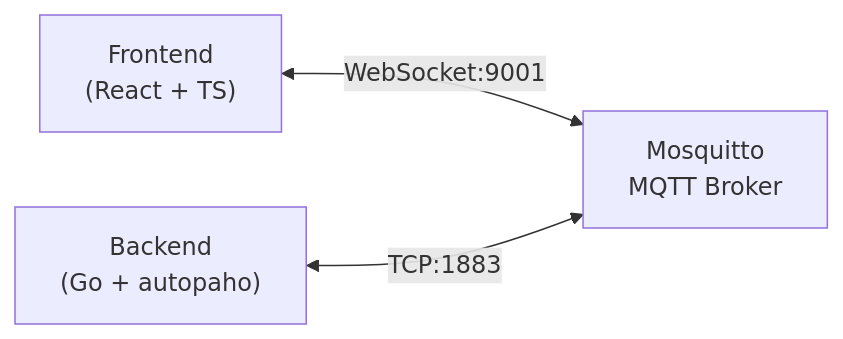
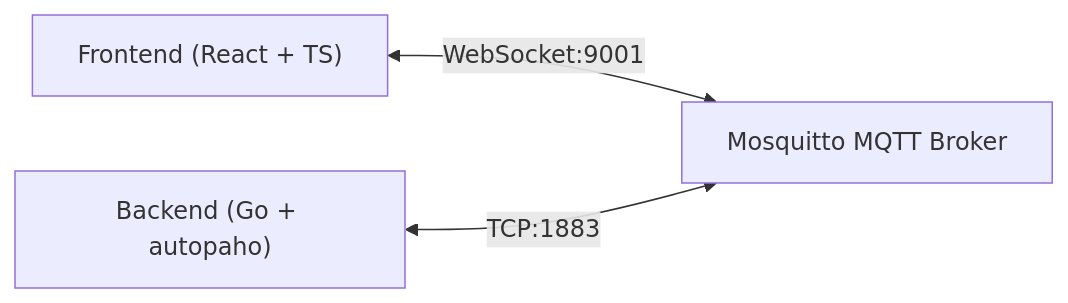
The first of 2 diagrams in contents/database/mqtt-v5-완벽-가이드-5-go-paho-실전-구현과-운영/index.md (kenshin579/blog-v2.advenoh.pe.kr), drawn with Mermaid before and after one commit. The commit also changed other lines of this file and 47 other files, not shown here.

````diff
--- a/contents/database/mqtt-v5-완벽-가이드-5-go-paho-실전-구현과-운영/index.md
+++ b/contents/database/mqtt-v5-완벽-가이드-5-go-paho-실전-구현과-운영/index.md
@@ -537,5 +537,5 @@
 ```mermaid
 flowchart LR
-    F["Frontend<br/>(React + TS)"] <-->|"WebSocket:9001"| B["Mosquitto<br/>MQTT Broker"]
-    G["Backend<br/>(Go + autopaho)"] <-->|"TCP:1883"| B
+    F["Frontend (React + TS)"] <-->|"WebSocket:9001"| B["Mosquitto MQTT Broker"]
+    G["Backend (Go + autopaho)"] <-->|"TCP:1883"| B
 ```
````
